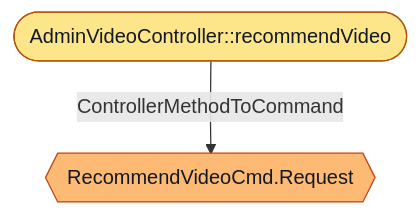
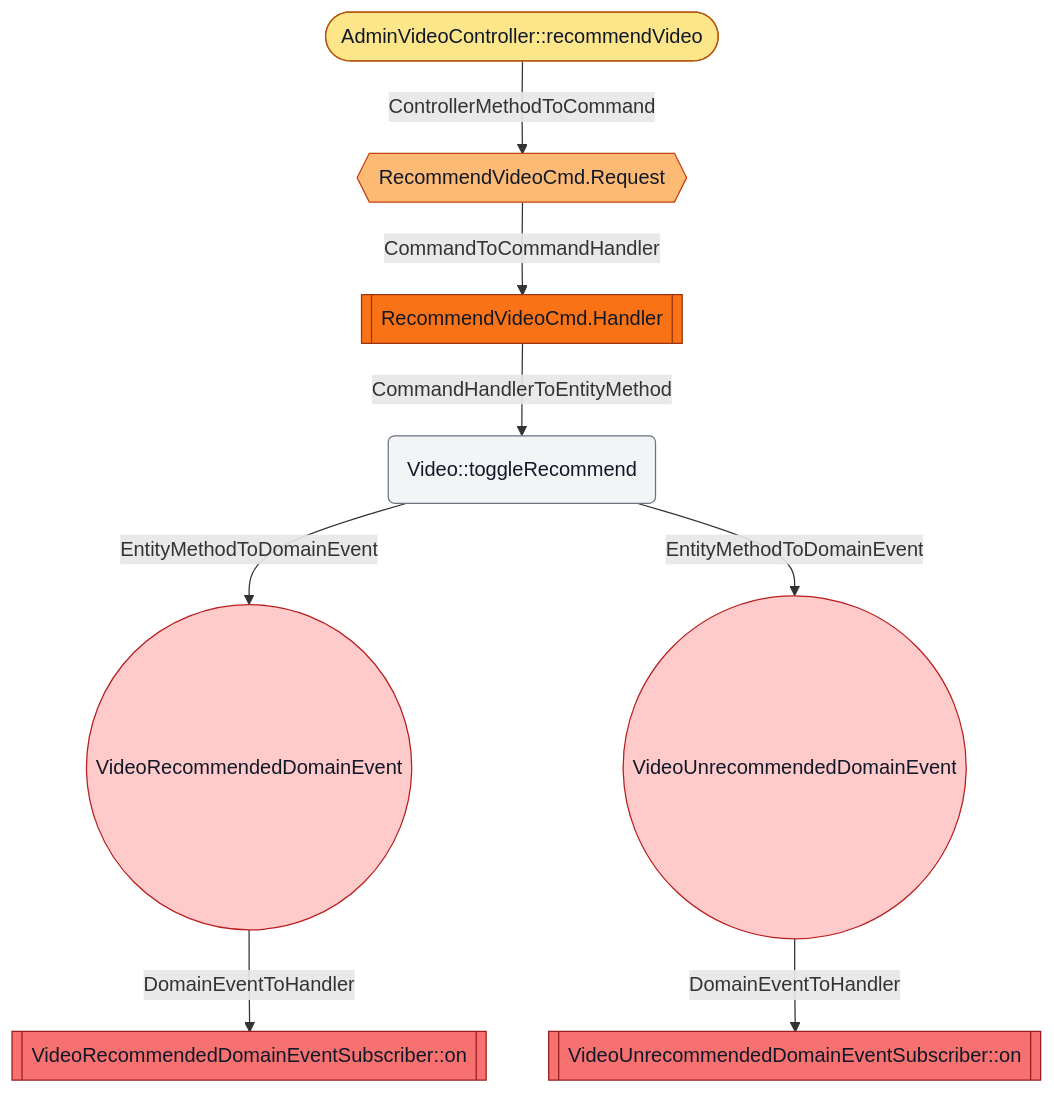
Before and after one commit to LDmoxeii/only-danmuku: the diagram in flows/edu_only4_danmuku_adapter_portal_api_admin_AdminVideoController_recommendVideo.mmd, drawn with Mermaid. The commit also changed 64 other files, not shown here.

```diff
--- a/flows/edu_only4_danmuku_adapter_portal_api_admin_AdminVideoController_recommendVideo.mmd
+++ b/flows/edu_only4_danmuku_adapter_portal_api_admin_AdminVideoController_recommendVideo.mmd
@@ -1,8 +1,30 @@
 flowchart TD
   N1([AdminVideoController::recommendVideo])
   class N1 controllermethod
-  N2{{RecommendVideoCmd.Request}}
-  class N2 command
-  N1 -->|ControllerMethodToCommand| N2
+  N2[[RecommendVideoCmd.Handler]]
+  class N2 commandhandler
+  N3{{RecommendVideoCmd.Request}}
+  class N3 command
+  N4[[VideoRecommendedDomainEventSubscriber::on]]
+  class N4 domaineventhandler
+  N5[[VideoUnrecommendedDomainEventSubscriber::on]]
+  class N5 domaineventhandler
+  N6(Video::toggleRecommend)
+  class N6 entitymethod
+  N7((VideoRecommendedDomainEvent))
+  class N7 domainevent
+  N8((VideoUnrecommendedDomainEvent))
+  class N8 domainevent
+  N1 -->|ControllerMethodToCommand| N3
+  N2 -->|CommandHandlerToEntityMethod| N6
+  N3 -->|CommandToCommandHandler| N2
+  N6 -->|EntityMethodToDomainEvent| N7
+  N6 -->|EntityMethodToDomainEvent| N8
+  N7 -->|DomainEventToHandler| N4
+  N8 -->|DomainEventToHandler| N5
   classDef command fill:#FDBA74,stroke:#C2410C,color:#111827
+  classDef commandhandler fill:#F97316,stroke:#9A3412,color:#111827
   classDef controllermethod fill:#FDE68A,stroke:#B45309,color:#111827
+  classDef domainevent fill:#FECACA,stroke:#B91C1C,color:#111827
+  classDef domaineventhandler fill:#F87171,stroke:#991B1B,color:#111827
+  classDef entitymethod fill:#F3F4F6,stroke:#6B7280,color:#111827
```
